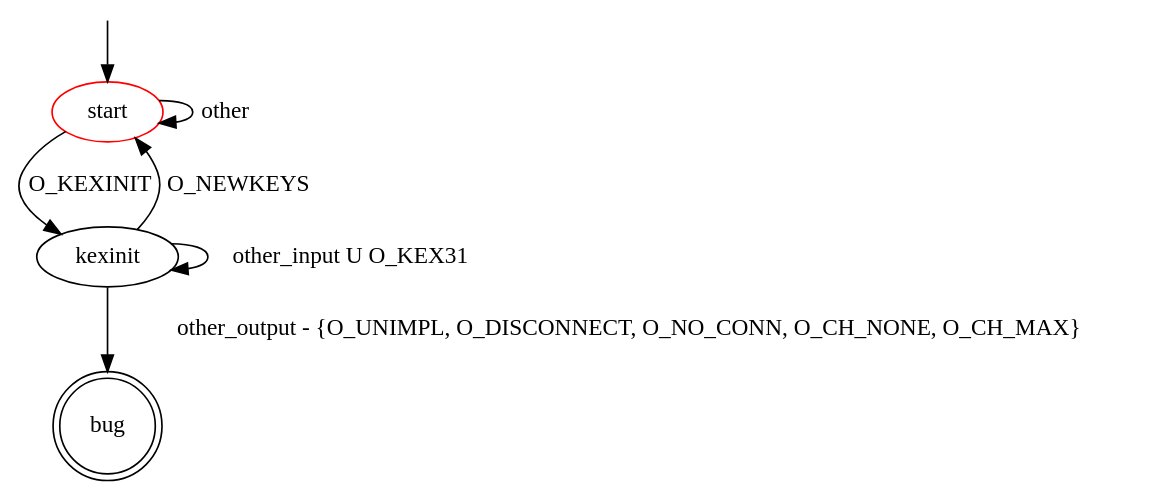
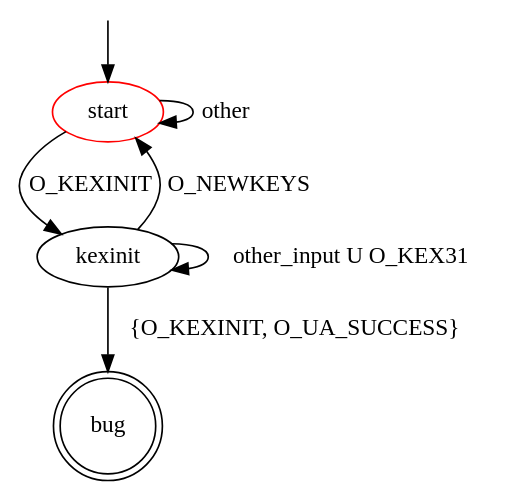
One commit to assist-project/state-machine-bug-finder changed the diagram in src/main/resources/bugpatterns/ssh/invalid_response_before_newkeys.dot. Above: the diagram before and after it, drawn with Graphviz. The commit also changed 2 other files, not shown here.

Commit message:
Final updates to bug patterns

```diff
--- a/src/main/resources/bugpatterns/ssh/invalid_response_before_newkeys.dot
+++ b/src/main/resources/bugpatterns/ssh/invalid_response_before_newkeys.dot
@@ -1,14 +1,14 @@
 digraph G {
 label=""
 start [color="red"]
 bug [shape="doublecircle"]
 
 start -> kexinit [label="O_KEXINIT"]
 start -> start [label="other"]
-kexinit -> bug [label="other_output - {O_UNIMPL, O_DISCONNECT, O_NO_CONN, O_CH_NONE, O_CH_MAX}"]
+kexinit -> bug [label="{O_KEXINIT, O_UA_SUCCESS}"]
 kexinit -> start [label="O_NEWKEYS"]
 kexinit -> kexinit [label="other_input U O_KEX31"]
 
 __start0 [label="" shape="none" width="0" height="0"];
 __start0 -> start;
 }
```
